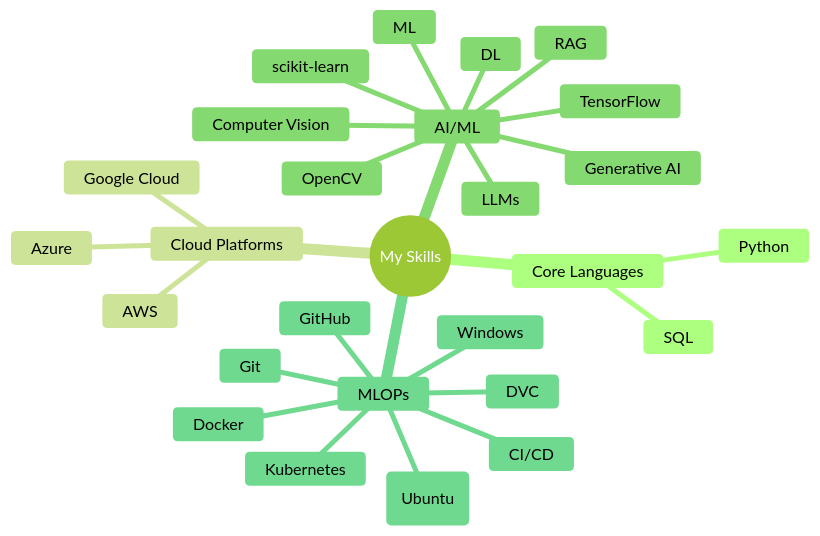
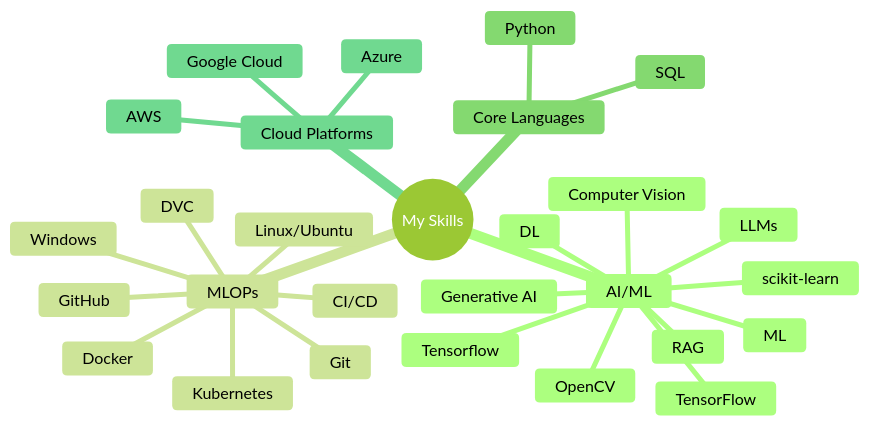
The diagram in README.md (mrvivekkumar7171/mrvivekkumar7171), drawn with Mermaid (forest theme) before and after one commit. The commit also changed other lines of this file, not shown here.

````diff
--- a/README.md
+++ b/README.md
@@ -35,30 +41,31 @@
 ```mermaid
 mindmap
   root((My Skills))
-    Core Languages
-      Python
-      SQL
-    Cloud Platforms
-      Google Cloud
-      Azure
-      AWS
     AI/ML
       ML
       DL
       scikit-learn
       TensorFlow
       OpenCV
       LLMs
       Generative AI
       RAG
       Computer Vision
+      Tensorflow
     MLOPs
       Docker
       Kubernetes
       CI/CD
       Git
       GitHub
       DVC
-      Linux (Ubuntu)
+      Linux/Ubuntu
       Windows
+    Core Languages
+      Python
+      SQL
+    Cloud Platforms
+      Google Cloud
+      Azure
+      AWS
 ```
````
